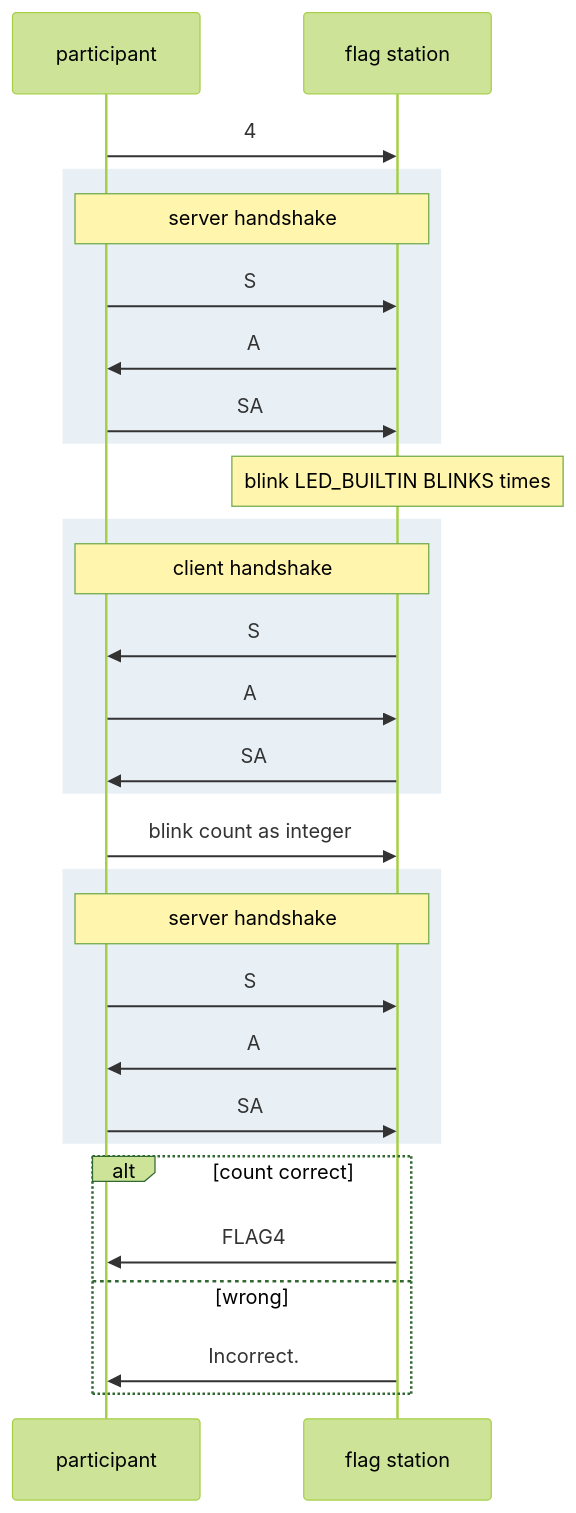
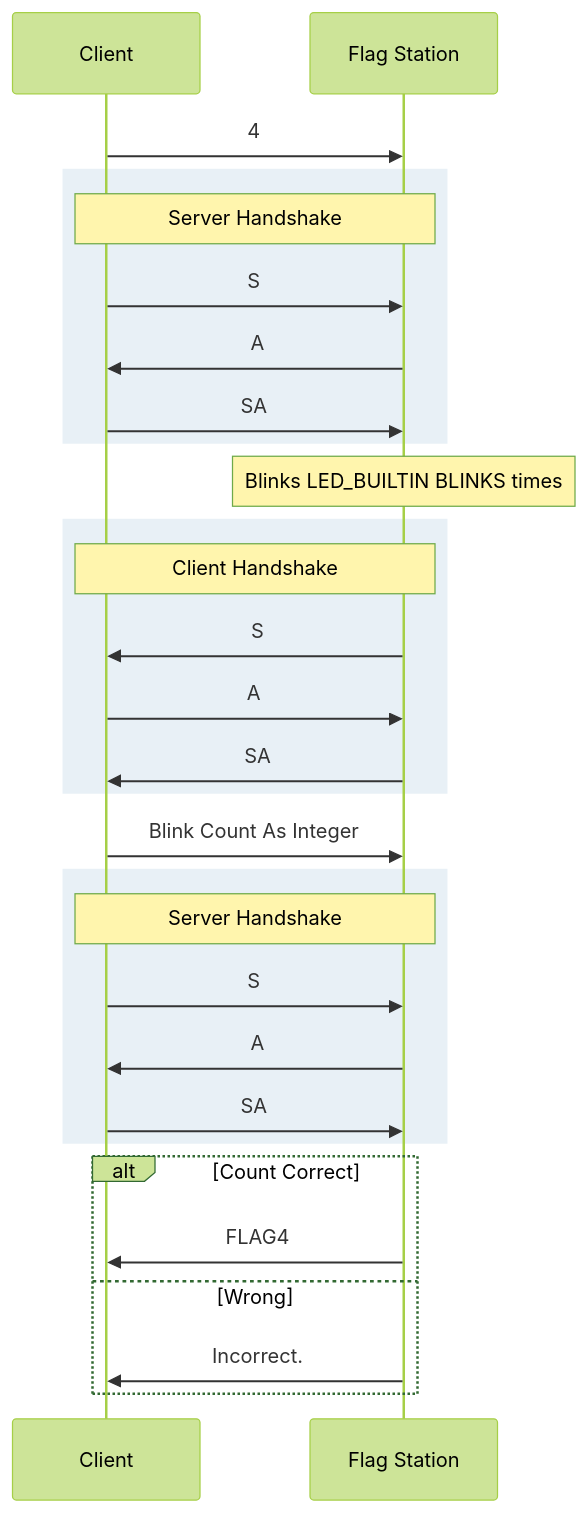
One commit to PatchyBitz/uno-flag-station changed the ninth of 9 diagrams in README.md. Above: the diagram before and after it, drawn with Mermaid (forest theme). The commit also changed other lines of this file, not shown here.

````diff
--- a/README.md
+++ b/README.md
@@ -166,31 +167,32 @@
 ```mermaid
 sequenceDiagram
-  participant P as participant
-  participant S as flag station
+  participant P as Client
+  participant S as Flag Station
   P->>S: 4
   rect rgba(70, 130, 180, 0.12)
-    Note over P,S: server handshake
+    Note over P,S: Server Handshake
     P->>S: S
     S->>P: A
     P->>S: SA
   end
-  Note over S: blink LED_BUILTIN BLINKS times
+  Note over S: Blinks LED_BUILTIN BLINKS times
+
   rect rgba(70, 130, 180, 0.12)
-    Note over P,S: client handshake
+    Note over P,S: Client Handshake
     S->>P: S
     P->>S: A
     S->>P: SA
   end
-  P->>S: blink count as integer
+  P->>S: Blink Count As Integer
   rect rgba(70, 130, 180, 0.12)
-    Note over P,S: server handshake
+    Note over P,S: Server Handshake
     P->>S: S
     S->>P: A
     P->>S: SA
   end
-  alt count correct
+  alt Count Correct
     S->>P: FLAG4
-  else wrong
+  else Wrong
     S->>P: Incorrect.
   end
 ```
````
